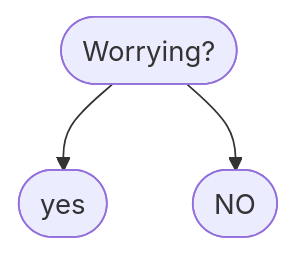
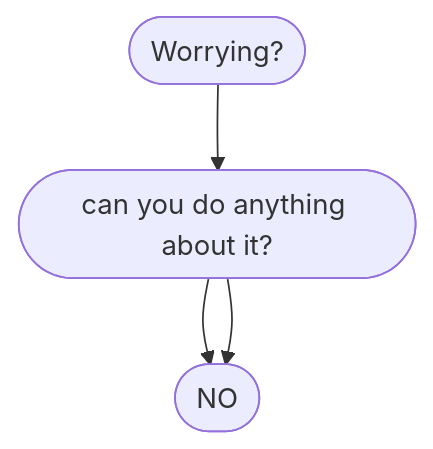
Before and after one commit to sirdanksalot/sirdanksalot.github.io: the diagram in Diagram.md, drawn with Mermaid.

````diff
--- a/Diagram.md
+++ b/Diagram.md
@@ -1,5 +1,6 @@
 ```mermaid
 flowchart TD
-1([Worrying?]) --> 2([yes])
-1([Worrying?]) --> 3([NO])
+1([Worrying?]) --> 2([can you do anything about it?])
+2 --> 3([yes])
+2 --> 3([NO])
 ```
````
